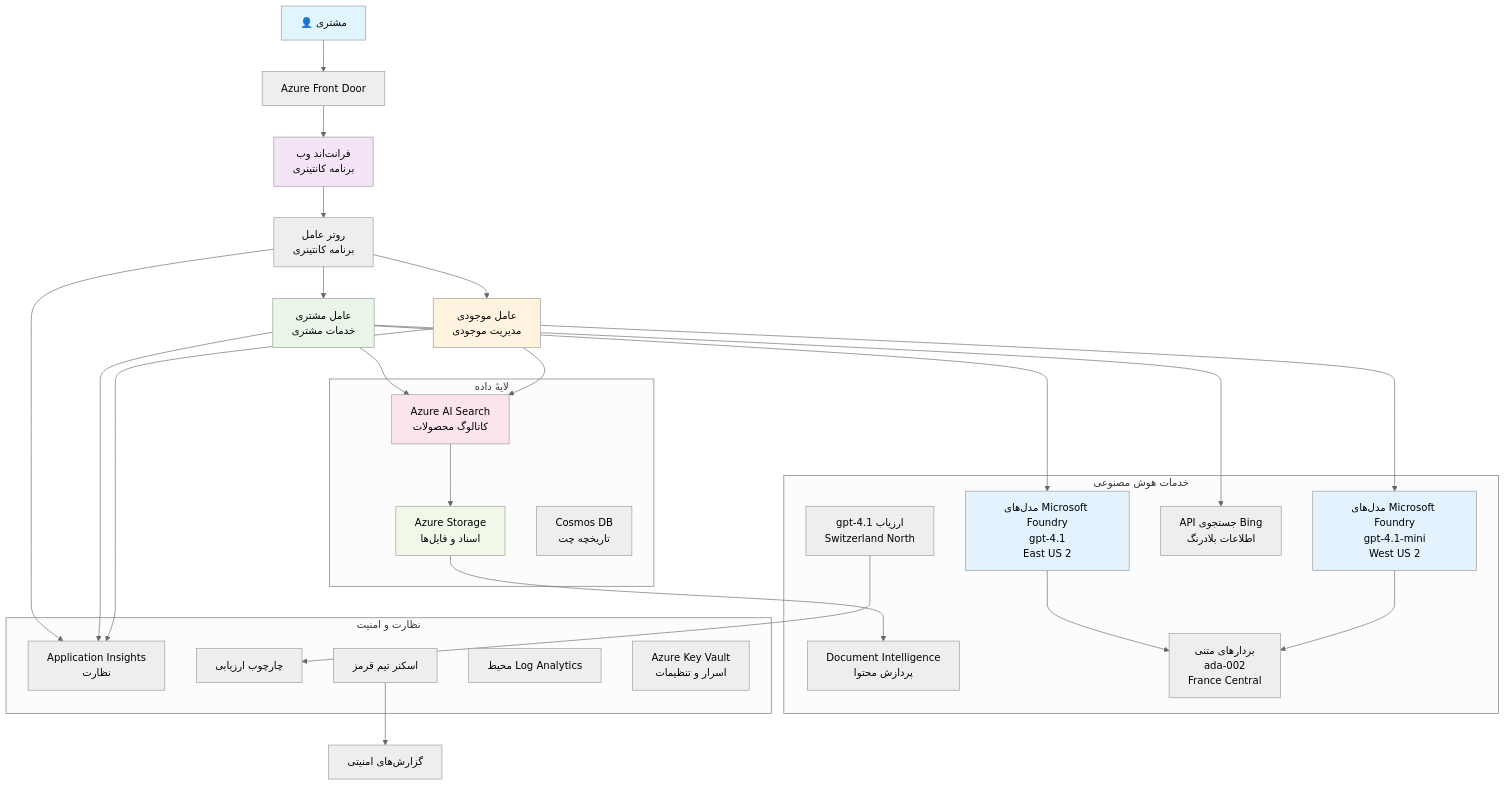
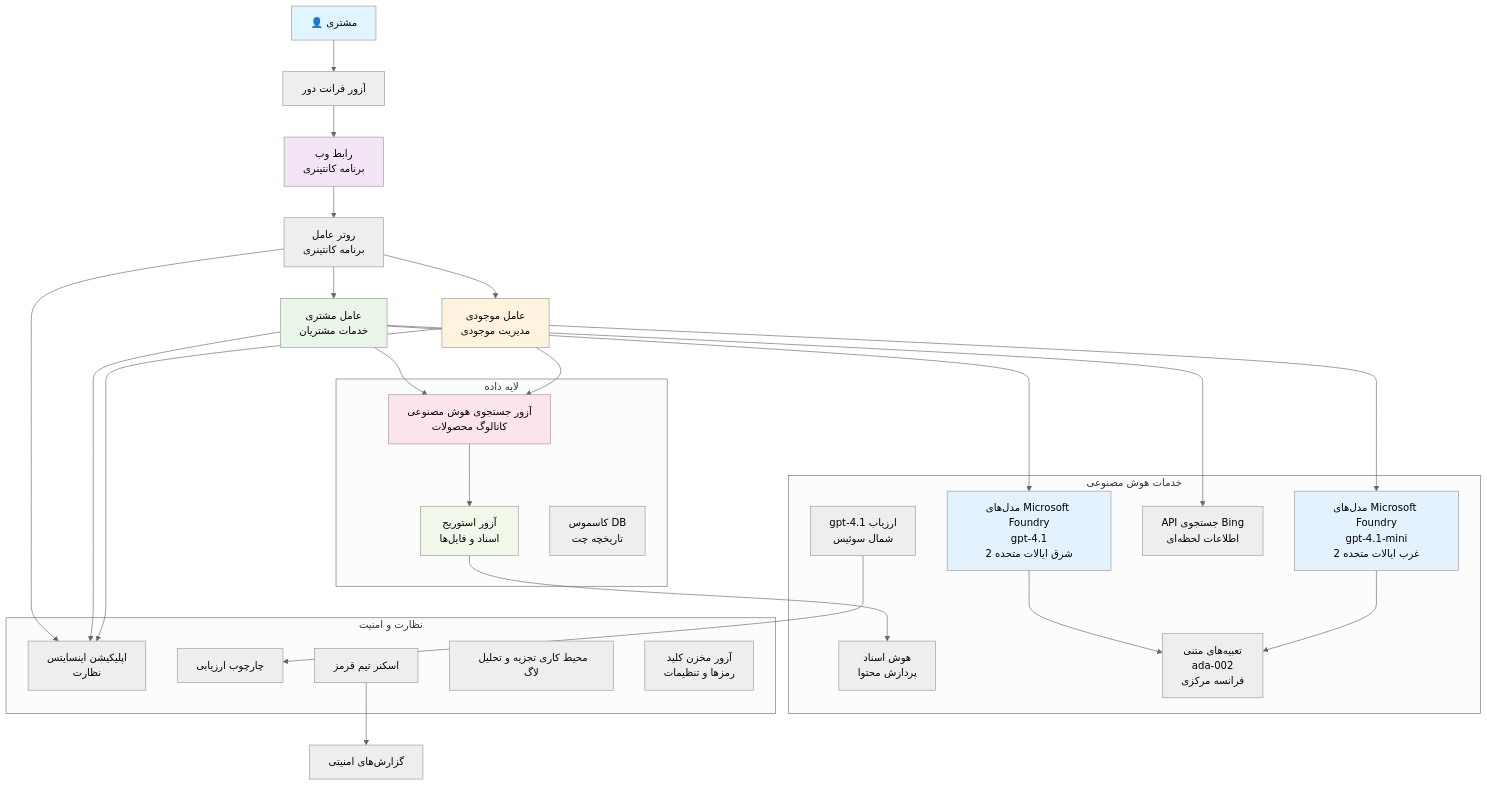
One commit to microsoft/AZD-for-beginners changed the diagram in translations/fa/examples/retail-scenario.md. Above: the diagram before and after it, drawn with Mermaid (neutral theme). The commit also changed other lines of this file and 104 other files, not shown here.

````diff
--- a/translations/fa/examples/retail-scenario.md
+++ b/translations/fa/examples/retail-scenario.md
@@ -139,61 +139,61 @@
 ```mermaid
 graph TB
-    User[👤 مشتری] --> LB[Azure Front Door]
-    LB --> WebApp[فرانت‌اند وب<br/>برنامه کانتینری]
+    User[👤 مشتری] --> LB[آزور فرانت دور]
+    LB --> WebApp[رابط وب<br/>برنامه کانتینری]
     
     WebApp --> Router[روتر عامل<br/>برنامه کانتینری]
-    Router --> CustomerAgent[عامل مشتری<br/>خدمات مشتری]
+    Router --> CustomerAgent[عامل مشتری<br/>خدمات مشتریان]
     Router --> InvAgent[عامل موجودی<br/>مدیریت موجودی]
     
-    CustomerAgent --> OpenAI1[مدل‌های Microsoft Foundry<br/>gpt-4.1<br/>East US 2]
-    InvAgent --> OpenAI2[مدل‌های Microsoft Foundry<br/>gpt-4.1-mini<br/>West US 2]
+    CustomerAgent --> OpenAI1[مدل‌های Microsoft Foundry<br/>gpt-4.1<br/>شرق ایالات متحده 2]
+    InvAgent --> OpenAI2[مدل‌های Microsoft Foundry<br/>gpt-4.1-mini<br/>غرب ایالات متحده 2]
     
-    CustomerAgent --> AISearch[Azure AI Search<br/>کاتالوگ محصولات]
-    CustomerAgent --> BingSearch[API جستجوی Bing<br/>اطلاعات بلادرنگ]
+    CustomerAgent --> AISearch[آزور جستجوی هوش مصنوعی<br/>کاتالوگ محصولات]
+    CustomerAgent --> BingSearch[API جستجوی Bing<br/>اطلاعات لحظه‌ای]
     InvAgent --> AISearch
     
-    AISearch --> Storage[Azure Storage<br/>اسناد و فایل‌ها]
-    Storage --> DocIntel[Document Intelligence<br/>پردازش محتوا]
+    AISearch --> Storage[آزور استوریج<br/>اسناد و فایل‌ها]
+    Storage --> DocIntel[هوش اسناد<br/>پردازش محتوا]
     
-    OpenAI1 --> Embeddings[بردارهای متنی<br/>ada-002<br/>France Central]
+    OpenAI1 --> Embeddings[تعبیه‌های متنی<br/>ada-002<br/>فرانسه مرکزی]
     OpenAI2 --> Embeddings
     
-    Router --> AppInsights[Application Insights<br/>نظارت]
+    Router --> AppInsights[اپلیکیشن اینسایتس<br/>نظارت]
     CustomerAgent --> AppInsights
     InvAgent --> AppInsights
     
-    GraderModel[gpt-4.1 ارزیاب<br/>Switzerland North] --> Evaluation[چارچوب ارزیابی]
+    GraderModel[gpt-4.1 ارزیاب<br/>شمال سوئیس] --> Evaluation[چارچوب ارزیابی]
     RedTeam[اسکنر تیم قرمز] --> SecurityReports[گزارش‌های امنیتی]
     
-    subgraph "لایهٔ داده"
+    subgraph "لایه داده"
         Storage
         AISearch
-        CosmosDB[Cosmos DB<br/>تاریخچه چت]
+        CosmosDB[کاسموس DB<br/>تاریخچه چت]
     end
     
     subgraph "خدمات هوش مصنوعی"
         OpenAI1
         OpenAI2
         Embeddings
         GraderModel
         DocIntel
         BingSearch
     end
     
     subgraph "نظارت و امنیت"
         AppInsights
-        LogAnalytics[محیط Log Analytics]
-        KeyVault[Azure Key Vault<br/>اسرار و تنظیمات]
+        LogAnalytics[محیط کاری تجزیه و تحلیل لاگ]
+        KeyVault[آزور مخزن کلید<br/>رمزها و تنظیمات]
         RedTeam
         Evaluation
     end
     
     style User fill:#e1f5fe
     style WebApp fill:#f3e5f5
     style CustomerAgent fill:#e8f5e8
     style InvAgent fill:#fff3e0
     style OpenAI1 fill:#e3f2fd
     style OpenAI2 fill:#e3f2fd
     style AISearch fill:#fce4ec
     style Storage fill:#f1f8e9
 ```
````
